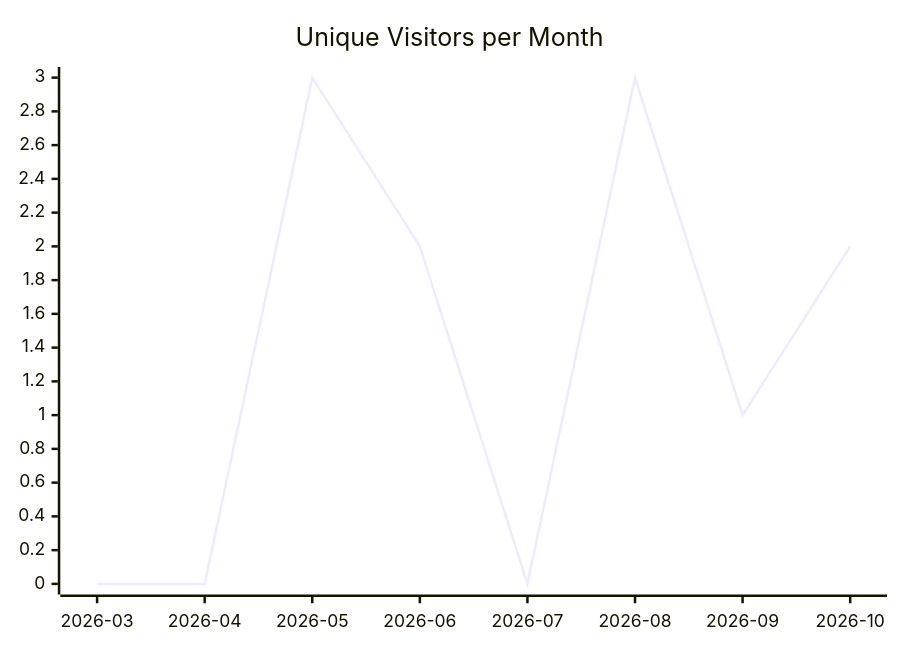
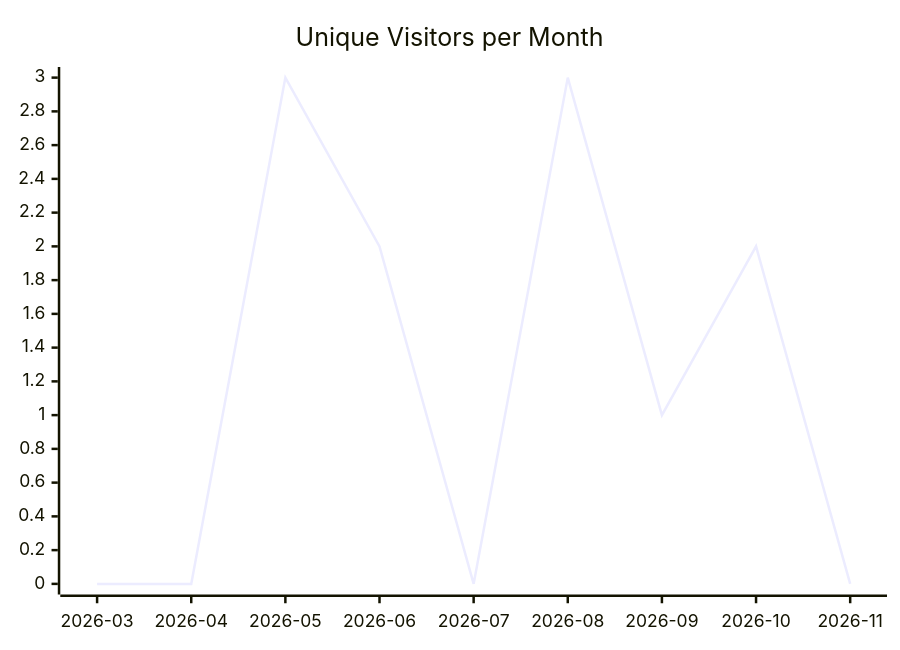
The first of 3 diagrams in karlmdavis/kobjects/README.md (justdavis-family/github-analytics-data), drawn with Mermaid before and after one commit. The commit also changed other lines of this file and 201 other files, not shown here.

````diff
--- a/karlmdavis/kobjects/README.md
+++ b/karlmdavis/kobjects/README.md
@@ -5,6 +5,6 @@
 ```mermaid
 xychart-beta
   title "Unique Visitors per Month"
-  x-axis ["2026-03", "2026-04", "2026-05", "2026-06", "2026-07", "2026-08", "2026-09", "2026-10"]
-  line [0, 0, 3, 2, 0, 3, 1, 2]
+  x-axis ["2026-03", "2026-04", "2026-05", "2026-06", "2026-07", "2026-08", "2026-09", "2026-10", "2026-11"]
+  line [0, 0, 3, 2, 0, 3, 1, 2, 0]
 ```
````
